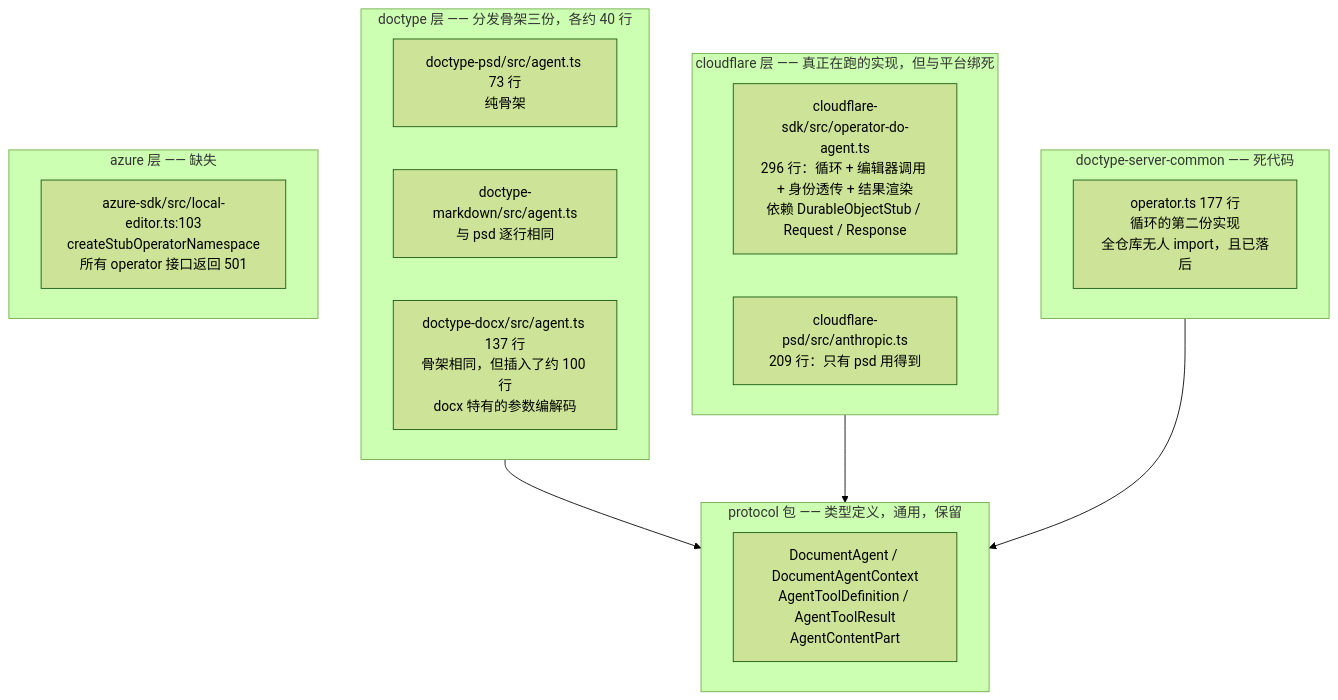
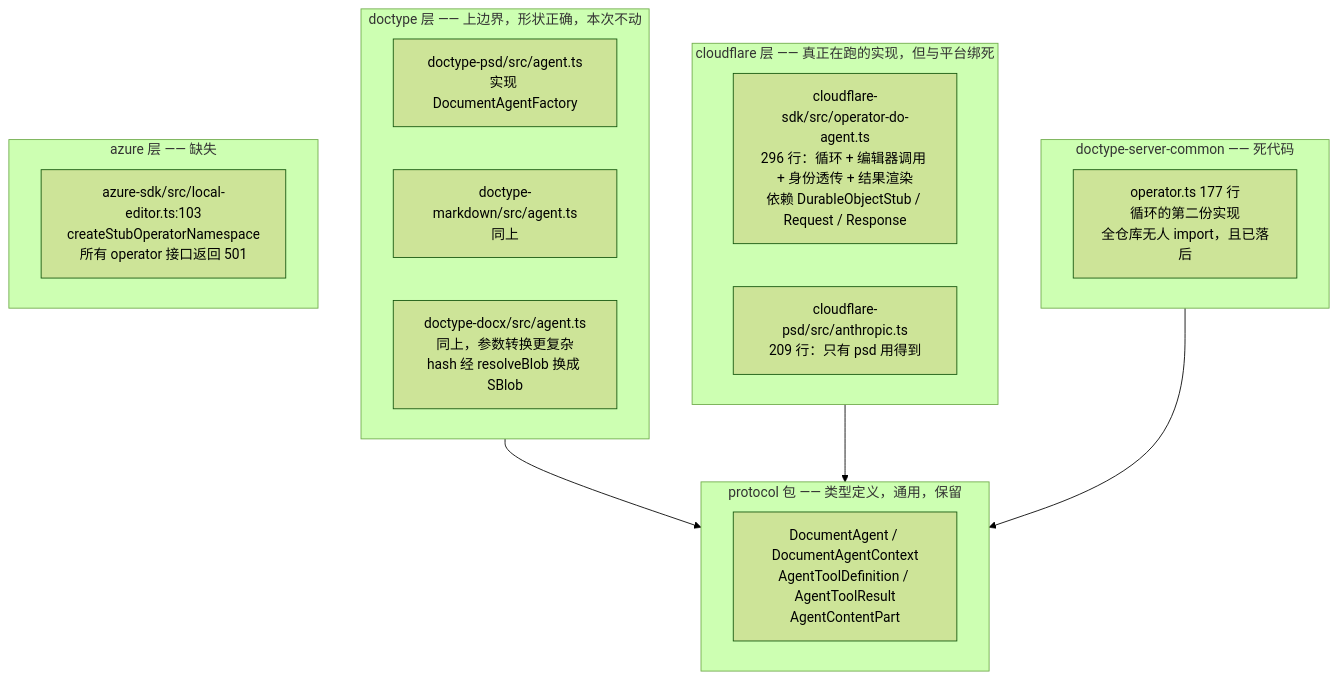
The second of 14 diagrams in docs/superpowers/specs/2026-08-26-agent-sdk-design.md (shazhou-ww/unidocs), drawn with Mermaid (forest theme) before and after one commit. The commit also changed other lines of this file, not shown here.

First line of the commit message:
docs(agent-sdk): 工具分发退出内核范围,上边界沿用已有的 DocumentAgent

````diff
--- a/docs/superpowers/specs/2026-08-26-agent-sdk-design.md
+++ b/docs/superpowers/specs/2026-08-26-agent-sdk-design.md
@@ -110,29 +117,29 @@
 ```mermaid
 flowchart TB
     subgraph proto["protocol 包 —— 类型定义，通用，保留"]
         T["DocumentAgent / DocumentAgentContext<br/>AgentToolDefinition / AgentToolResult<br/>AgentContentPart"]
     end
 
-    subgraph dt["doctype 层 —— 分发骨架三份，各约 40 行"]
-        PSD["doctype-psd/src/agent.ts 73 行<br/>纯骨架"]
-        MD["doctype-markdown/src/agent.ts<br/>与 psd 逐行相同"]
-        DOCX["doctype-docx/src/agent.ts 137 行<br/>骨架相同，但插入了约 100 行<br/>docx 特有的参数编解码"]
+    subgraph dt["doctype 层 —— 上边界，形状正确，本次不动"]
+        PSD["doctype-psd/src/agent.ts<br/>实现 DocumentAgentFactory"]
+        MD["doctype-markdown/src/agent.ts<br/>同上"]
+        DOCX["doctype-docx/src/agent.ts<br/>同上，参数转换更复杂<br/>hash 经 resolveBlob 换成 SBlob"]
     end
 
     subgraph cf["cloudflare 层 —— 真正在跑的实现，但与平台绑死"]
         ODA["cloudflare-sdk/src/operator-do-agent.ts<br/>296 行：循环 + 编辑器调用 + 身份透传 + 结果渲染<br/>依赖 DurableObjectStub / Request / Response"]
         ANT["cloudflare-psd/src/anthropic.ts<br/>209 行：只有 psd 用得到"]
     end
 
     subgraph dsc["doctype-server-common —— 死代码"]
         OP["operator.ts 177 行<br/>循环的第二份实现<br/>全仓库无人 import，且已落后"]
     end
 
     subgraph az["azure 层 —— 缺失"]
         STUB["azure-sdk/src/local-editor.ts:103<br/>createStubOperatorNamespace<br/>所有 operator 接口返回 501"]
     end
 
     dt --> proto
     cf --> proto
     dsc --> proto
 ```
````
